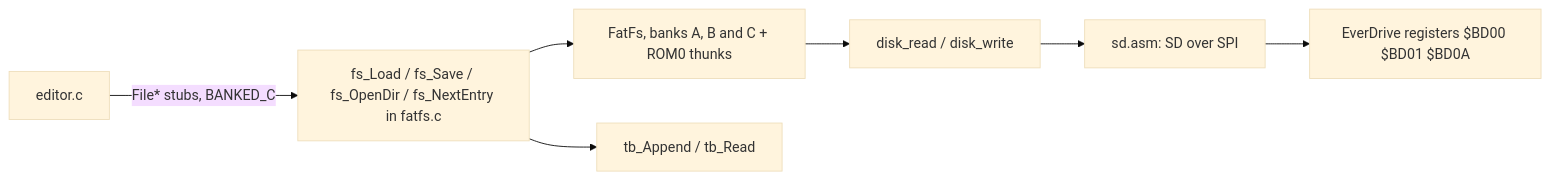
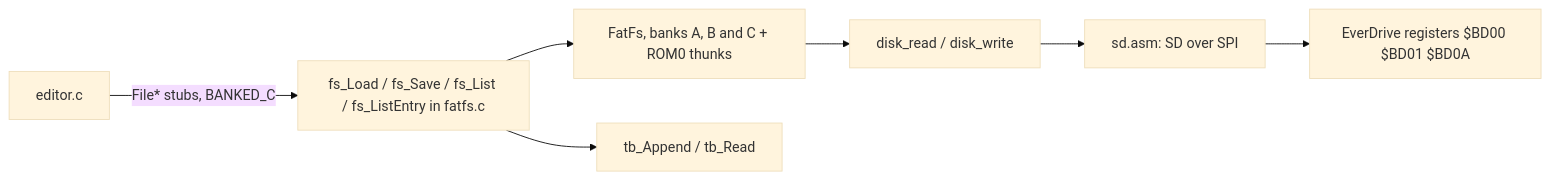
Before and after one commit to Q-Bert-Reynolds/fatpak: the third of 3 diagrams in ARCHITECTURE.md, drawn with Mermaid (base theme). The commit also changed other lines of this file and 9 other files, not shown here.

````diff
--- a/ARCHITECTURE.md
+++ b/ARCHITECTURE.md
@@ -197,9 +197,9 @@
 ```mermaid
 flowchart LR
-  editorc[editor.c] -->|File* stubs, BANKED_C| api[fs_Load / fs_Save / fs_OpenDir / fs_NextEntry in fatfs.c]
+  editorc[editor.c] -->|File* stubs, BANKED_C| api[fs_Load / fs_Save / fs_List / fs_ListEntry in fatfs.c]
   api --> ff[FatFs, banks A, B and C + ROM0 thunks]
   ff --> glue[disk_read / disk_write]
   glue --> sd[sd.asm: SD over SPI]
   sd --> regs[EverDrive registers $BD00 $BD01 $BD0A]
   api --> tb[tb_Append / tb_Read]
 ```
````
